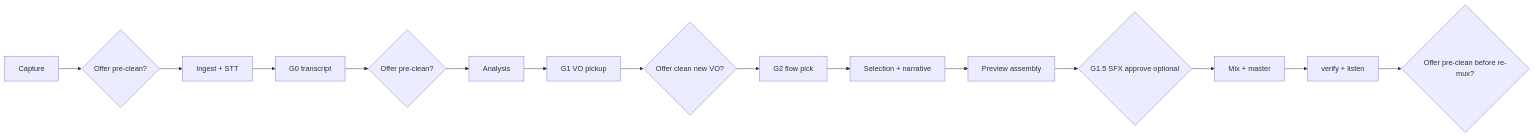
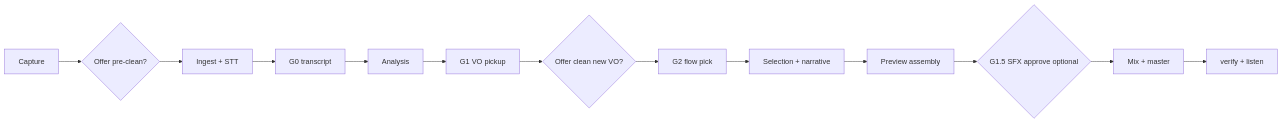
Before and after one commit to NicketUttarwar/interview_helper_mux: the diagram in docs/cross-cutting/podcast-quality-roadmap.md, drawn with Mermaid. The commit also changed other lines of this file and 62 other files, not shown here.

````diff
--- a/docs/cross-cutting/podcast-quality-roadmap.md
+++ b/docs/cross-cutting/podcast-quality-roadmap.md
@@ -81,17 +77,15 @@
 ```mermaid
 flowchart LR
   CAP[Capture] --> Q1{Offer pre-clean?}
   Q1 --> ING[Ingest + STT]
   ING --> G0[G0 transcript]
-  G0 --> Q2{Offer pre-clean?}
-  Q2 --> AN[Analysis]
+  G0 --> AN[Analysis]
   AN --> G1[G1 VO pickup]
-  G1 --> Q3{Offer clean new VO?}
-  Q3 --> G2[G2 flow pick]
+  G1 --> Q2{Offer clean new VO?}
+  Q2 --> G2[G2 flow pick]
   G2 --> SEL[Selection + narrative]
   SEL --> PRE[Preview assembly]
   PRE --> G15{G1.5 SFX approve optional}
   G15 --> MIX[Mix + master]
   MIX --> QA[verify + listen]
-  QA --> Q4{Offer pre-clean before re-mux?}
 ```
````
